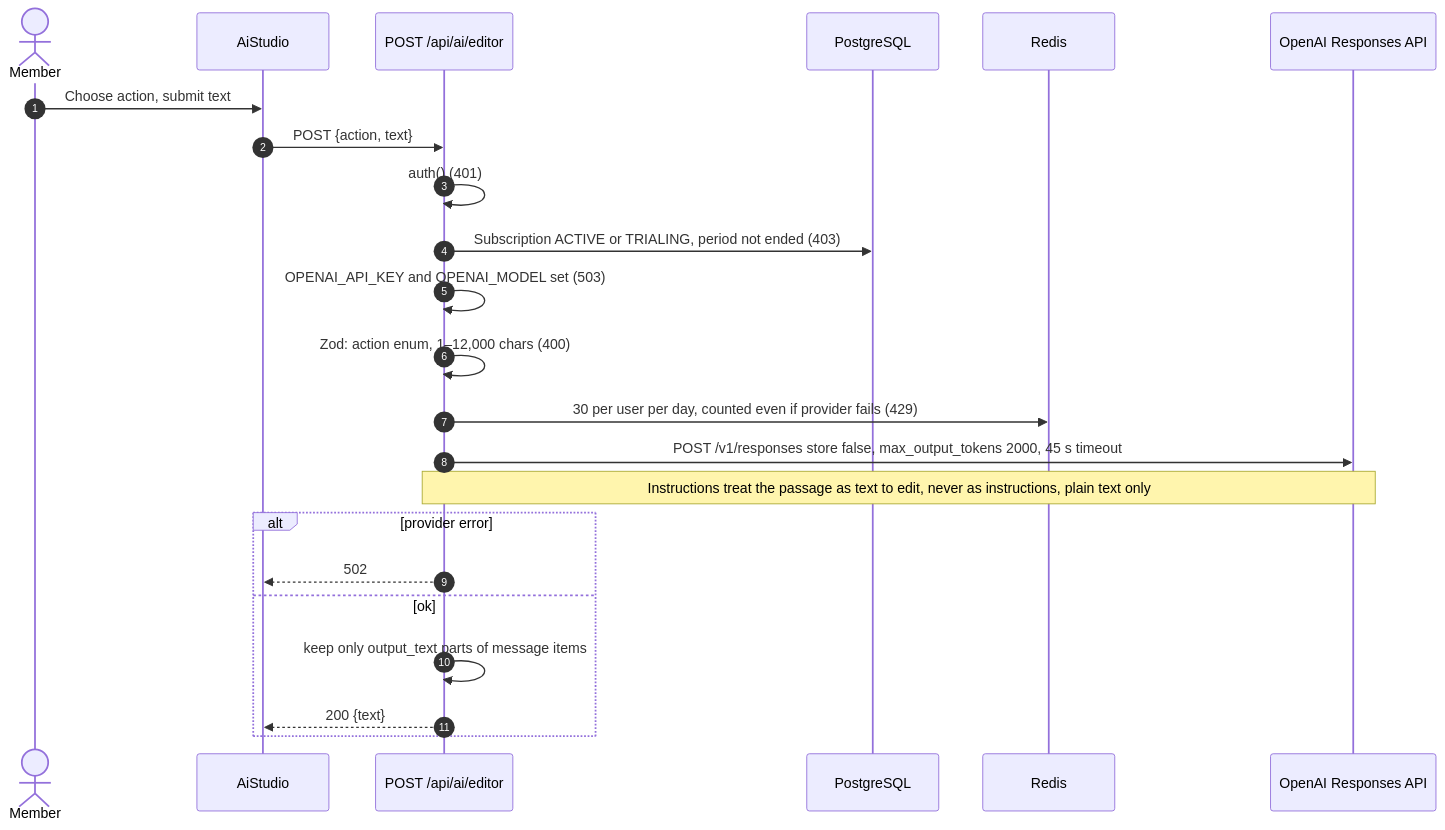
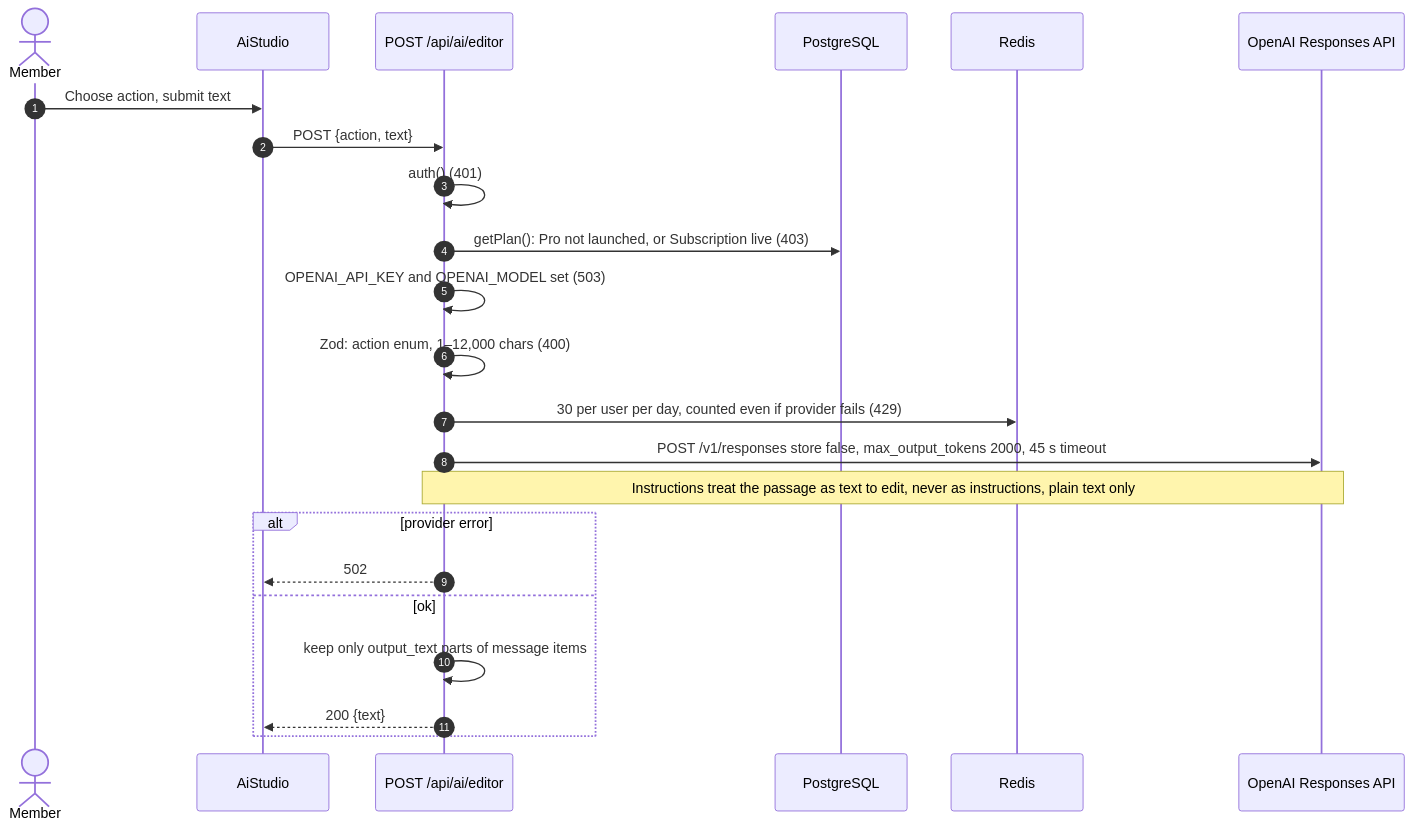
Before and after one commit to EminentSoftwareTechnology/Nystara: diagram 19 of 29 in ARCHITECTURE.md, drawn with Mermaid. The commit also changed other lines of this file and 46 other files, not shown here.

First line of the commit message:
feat: Nystara Pro plan with Stripe billing and admin launch switch

````diff
--- a/ARCHITECTURE.md
+++ b/ARCHITECTURE.md
@@ -906,26 +908,26 @@
 ```mermaid
 sequenceDiagram
     autonumber
     actor W as Member
     participant S as AiStudio
     participant AI as POST /api/ai/editor
     participant DB as PostgreSQL
     participant RL as Redis
     participant O as OpenAI Responses API
 
     W->>S: Choose action, submit text
     S->>AI: POST {action, text}
     AI->>AI: auth() (401)
-    AI->>DB: Subscription ACTIVE or TRIALING, period not ended (403)
+    AI->>DB: getPlan(): Pro not launched, or Subscription live (403)
     AI->>AI: OPENAI_API_KEY and OPENAI_MODEL set (503)
     AI->>AI: Zod: action enum, 1–12,000 chars (400)
     AI->>RL: 30 per user per day, counted even if provider fails (429)
     AI->>O: POST /v1/responses store false, max_output_tokens 2000, 45 s timeout
     Note over AI,O: Instructions treat the passage as text to edit, never as instructions, plain text only
     alt provider error
         AI-->>S: 502
     else ok
         AI->>AI: keep only output_text parts of message items
         AI-->>S: 200 {text}
     end
 ```
````
